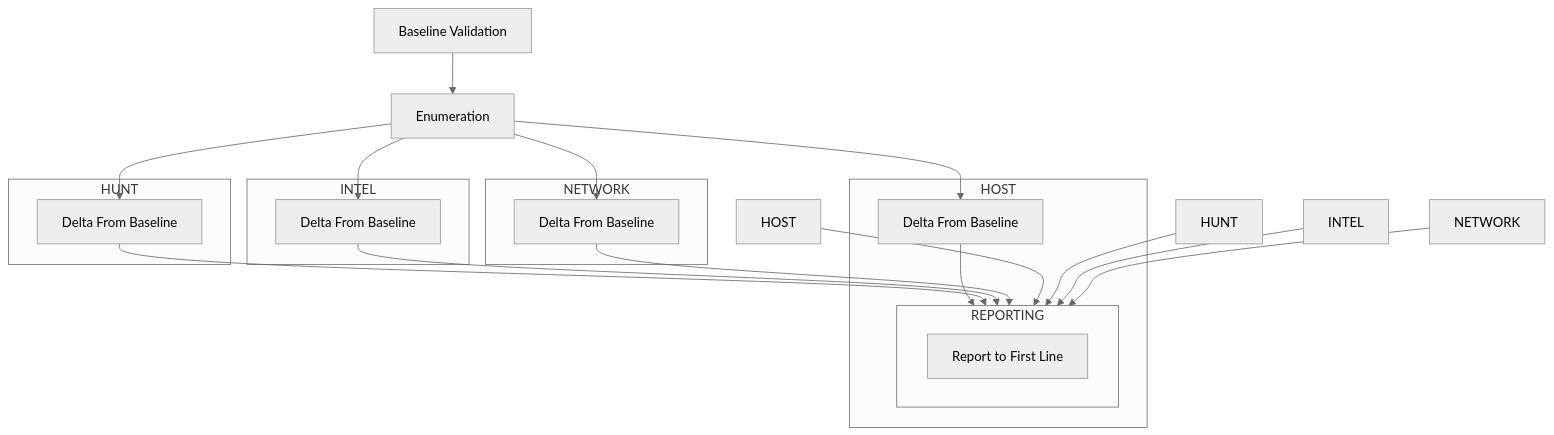
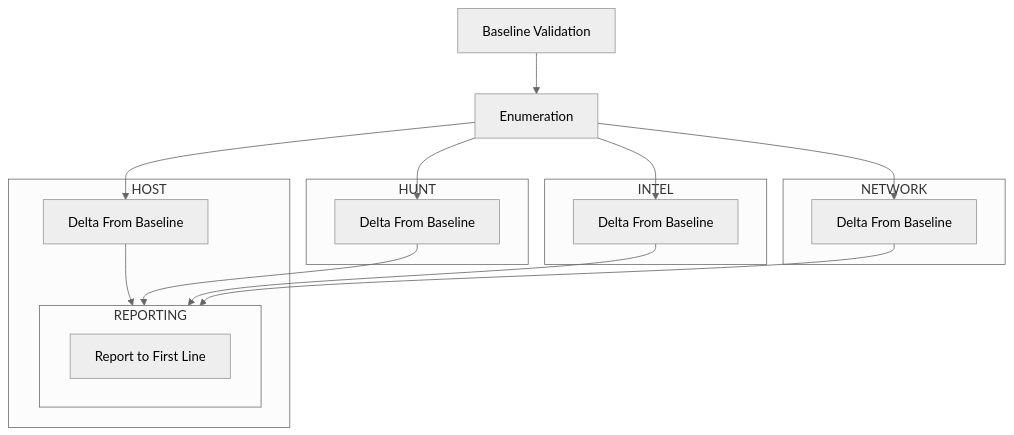
Before and after one commit to huntmckay/cyberflow: the diagram in team_flow.md, drawn with Mermaid (neutral theme).

````diff
--- a/team_flow.md
+++ b/team_flow.md
@@ -1,40 +1,36 @@
 ```mermaid
 ---
 Title: Scanning and Validation Flow
 ---
 flowchart TD
     A[Baseline Validation] --> B
     B[Enumeration]
 
     subgraph HOST 
     HOST1[Delta From Baseline] --> REPORTING
     end
 
     subgraph HUNT 
     HUNT1[Delta From Baseline] --> REPORTING
     end
 
     subgraph INTEL 
     INTEL1[Delta From Baseline] --> REPORTING
     end
 
     subgraph NETWORK 
     NETWORK1[Delta From Baseline] --> REPORTING
     end
 
 
     subgraph REPORTING
     Z[Report to First Line]
     end
 
     B --> HOST1
     B --> HUNT1
     B --> INTEL1
     B --> NETWORK1
 
-    HOST --> REPORTING
-    HUNT --> REPORTING
-    INTEL --> REPORTING
-    NETWORK --> REPORTING
 
 ```
````
